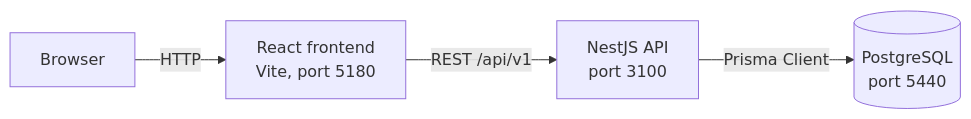
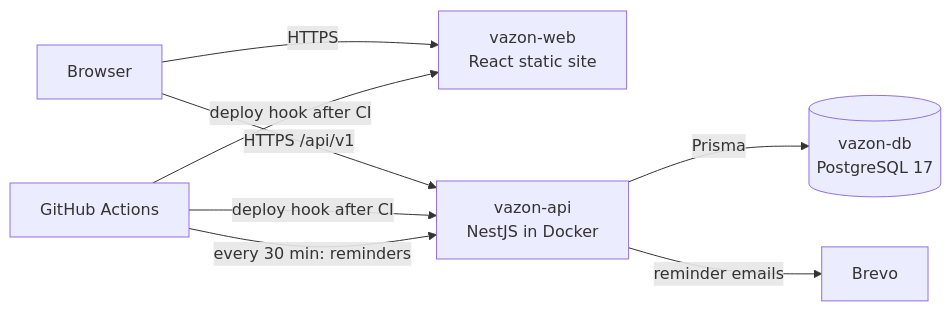
The diagram in README.md (kremeriatko8/vazon), drawn with Mermaid before and after one commit. The commit also changed other lines of this file, not shown here.

````diff
--- a/README.md
+++ b/README.md
@@ -59,6 +73,10 @@
 ```mermaid
 flowchart LR
-    Browser[Browser] -->|HTTP| Frontend[React frontend<br/>Vite, port 5180]
-    Frontend -->|REST /api/v1| Backend[NestJS API<br/>port 3100]
-    Backend -->|Prisma Client| DB[(PostgreSQL<br/>port 5440)]
+    Browser[Browser] -->|HTTPS| Web[vazon-web<br/>React static site]
+    Browser -->|HTTPS /api/v1| API[vazon-api<br/>NestJS in Docker]
+    API -->|Prisma| DB[(vazon-db<br/>PostgreSQL 17)]
+    GH[GitHub Actions] -->|deploy hook after CI| Web
+    GH -->|deploy hook after CI| API
+    GH -->|every 30 min: reminders| API
+    API -->|reminder emails| Mail[Brevo]
 ```
````
